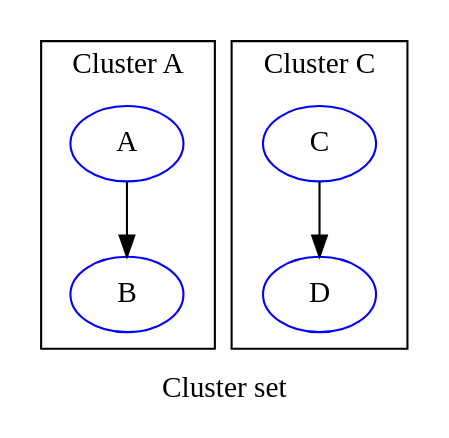
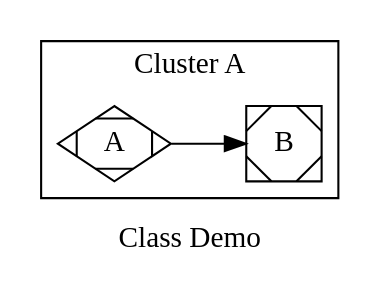
Before and after one commit to graphviz-perl/GraphViz2-Marpa-PathUtils: the diagram in data/03.clusters.out.gv, drawn with Graphviz. The commit also changed 34 other files, not shown here.

```diff
--- a/data/03.clusters.out.gv
+++ b/data/03.clusters.out.gv
@@ -1,22 +1,13 @@
-digraph graph_03
+digraph graph_51
 {
-graph [ label="Cluster set" rankdir="TB" ]
+graph [ label="Class Demo" rankdir="LR" ]
 
 subgraph "cluster A"
 {
-graph [ label="Cluster A" rankdir="TB" ]
+graph [ label="Cluster A" rankdir="LR" ]
 
-"A" [ color="blue" ]
-"B" [ color="blue" ]
+"A" [ shape="Mdiamond" ]
+"B" [ shape="Msquare" ]
 "A" -> "B" [ label="" ]
 }
-
-subgraph "cluster C"
-{
-graph [ label="Cluster C" rankdir="TB" ]
-
-"C" [ color="blue" ]
-"D" [ color="blue" ]
-"C" -> "D" [ label="" ]
 }
-}
```
